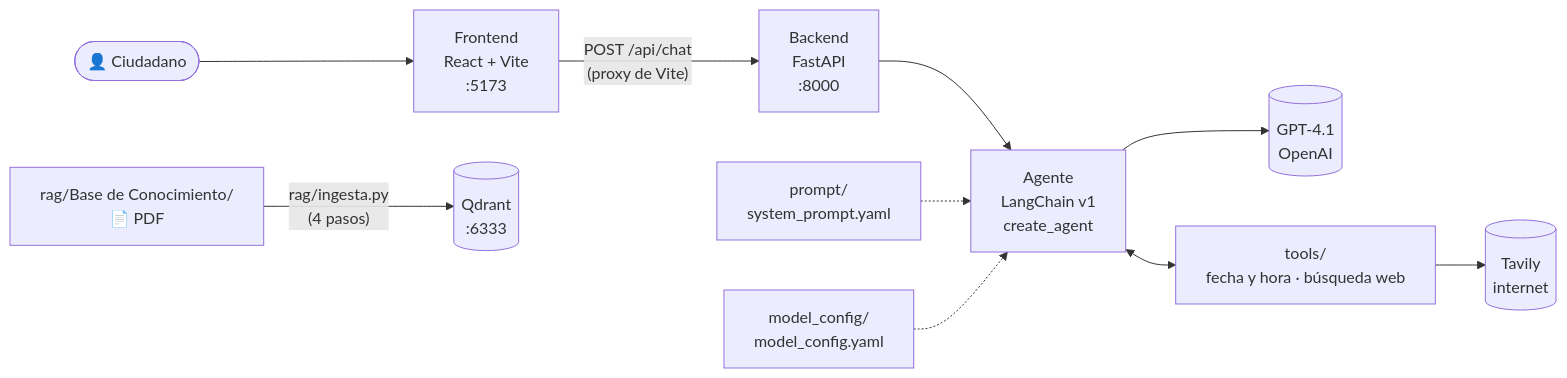
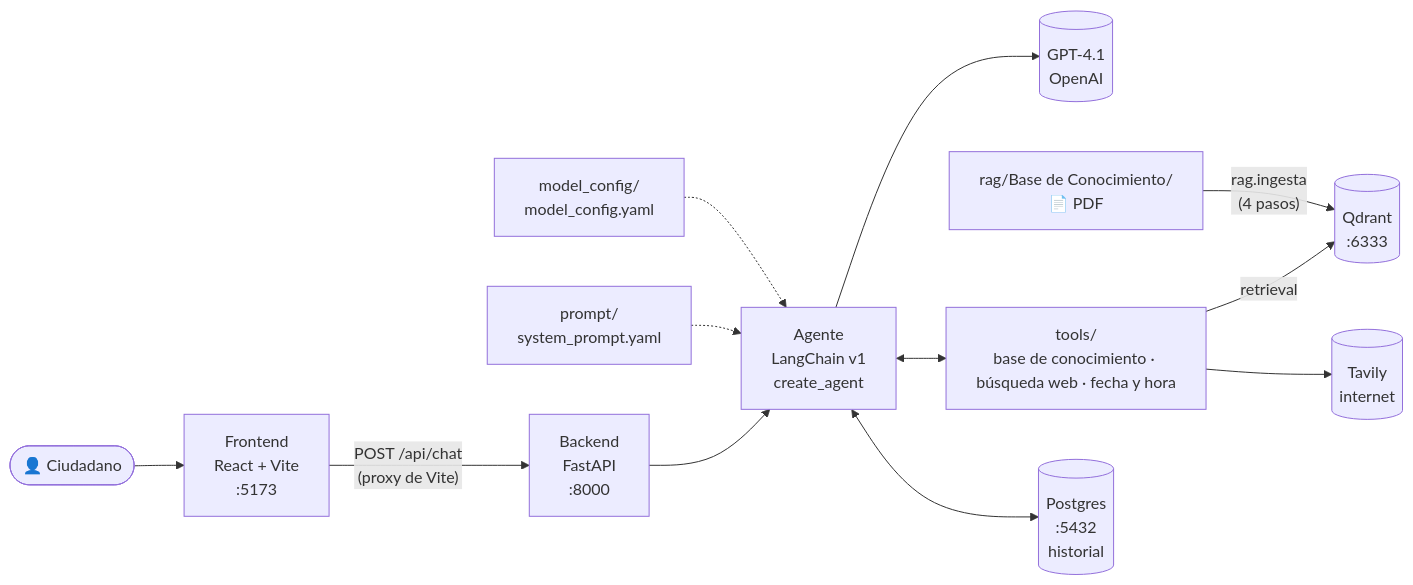
The diagram in README.md (KevinInoCol/DP-Workshop---Vibe-Coding-desde-Cero---Construye-tu-Primera-App-IA), drawn with Mermaid before and after one commit. The commit also changed other lines of this file and 24 other files, not shown here.

First line of the commit message:
RAG por trámite, logs de tools, memoria en Postgres y nuevo Frontend

````diff
--- a/README.md
+++ b/README.md
@@ -29,12 +32,14 @@
 ```mermaid
 flowchart LR
     U([👤 Ciudadano]) --> F["Frontend<br/>React + Vite<br/>:5173"]
     F -- "POST /api/chat<br/>(proxy de Vite)" --> B["Backend<br/>FastAPI<br/>:8000"]
     B --> A["Agente<br/>LangChain v1<br/>create_agent"]
     A --> M[("GPT-4.1<br/>OpenAI")]
     P["prompt/<br/>system_prompt.yaml"] -.-> A
     C["model_config/<br/>model_config.yaml"] -.-> A
-    A <--> T["tools/<br/>fecha y hora · búsqueda web"]
+    A <--> T["tools/<br/>base de conocimiento · búsqueda web · fecha y hora"]
+    T -- "retrieval" --> Q[("Qdrant<br/>:6333")]
     T --> W[("Tavily<br/>internet")]
-    PDF["rag/Base de Conocimiento/<br/>📄 PDF"] -- "rag/ingesta.py<br/>(4 pasos)" --> Q[("Qdrant<br/>:6333")]
+    PDF["rag/Base de Conocimiento/<br/>📄 PDF"] -- "rag.ingesta<br/>(4 pasos)" --> Q
+    A <--> PG[("Postgres<br/>:5432<br/>historial")]
 ```
````
